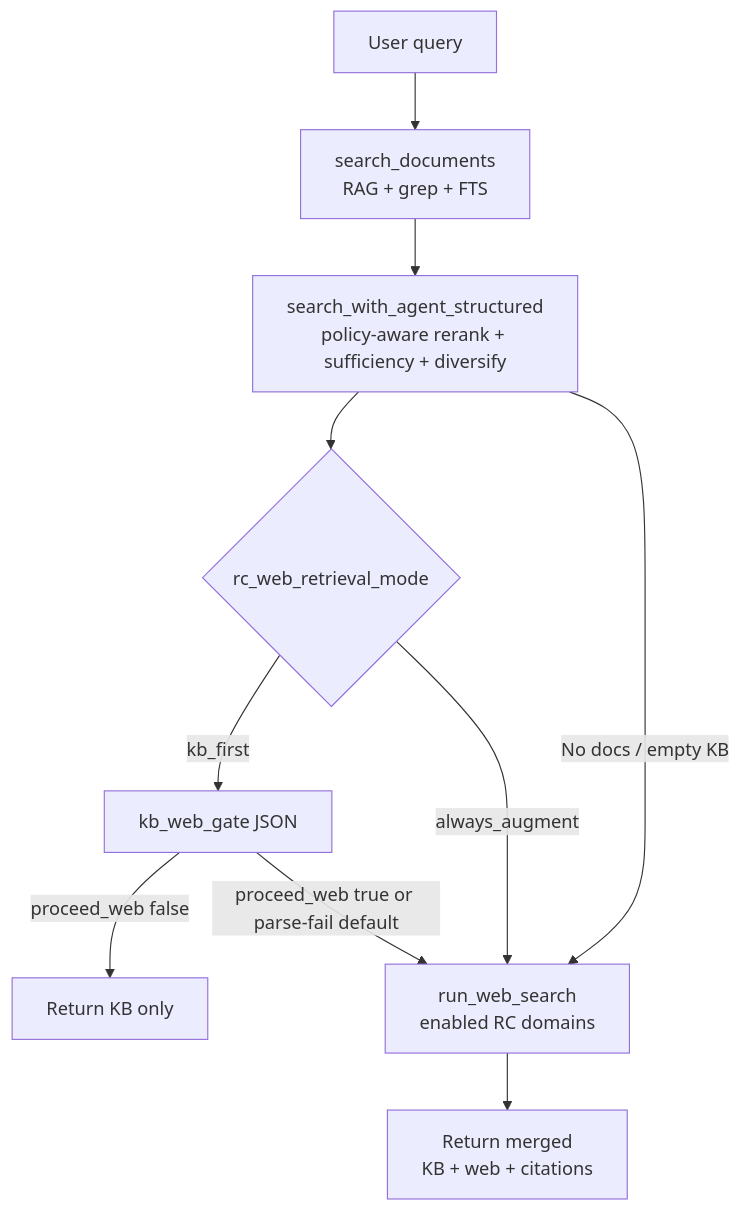
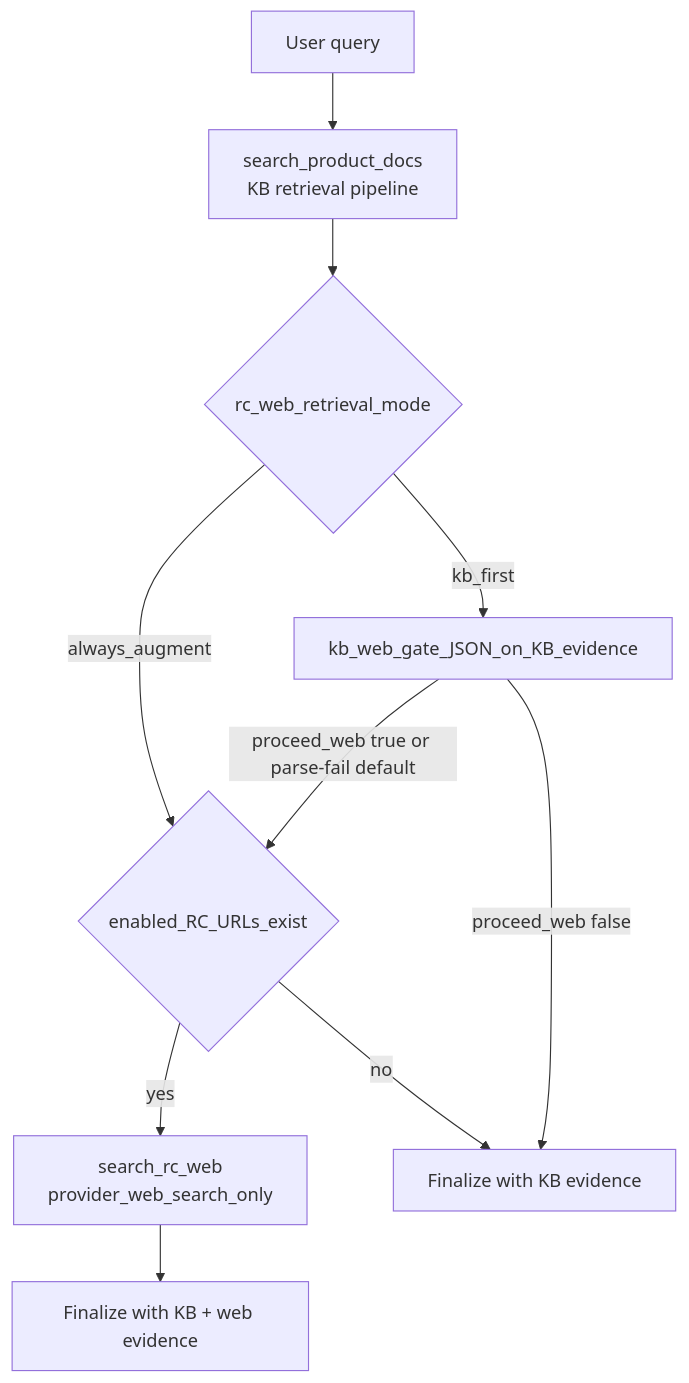
One commit to sangyoon-pak/Sova_CSM_Radar_247 changed the second of 3 diagrams in docs/ARCHITECTURE.md. Above: the diagram before and after it, drawn with Mermaid. The commit also changed other lines of this file and 7 other files, not shown here.

First line of the commit message:
Separate KB retrieval from hosted web retrieval with mode-aware orchestration.

````diff
--- a/docs/ARCHITECTURE.md
+++ b/docs/ARCHITECTURE.md
@@ -98,20 +101,21 @@
 ```mermaid
 %%{init: {"themeCSS": ".edgePath path{stroke-width:3px !important;} .flowchart-link{stroke-width:3px !important;} .edge-pattern-dotted{stroke-width:3px !important;} .edge-pattern-dashed{stroke-width:3px !important;}"}}%%
 flowchart TB
   Q[User query]
-  SD[search_documents<br/>RAG + grep + FTS]
-  SA[search_with_agent_structured<br/>policy-aware rerank + sufficiency + diversify]
+  KB[search_product_docs<br/>KB retrieval pipeline]
   MODE{rc_web_retrieval_mode}
-  GATE[kb_web_gate JSON]
-  KBONLY[Return KB only]
-  WEB[run_web_search<br/>enabled RC domains]
-  OUT[Return merged<br/>KB + web + citations]
+  RCURL{enabled_RC_URLs_exist}
+  GATE[kb_web_gate_JSON_on_KB_evidence]
+  WEB[search_rc_web<br/>provider_web_search_only]
+  OUTKB[Finalize with KB evidence]
+  OUTBOTH[Finalize with KB + web evidence]
 
-  Q --> SD --> SA --> MODE
-  SA -->|No docs / empty KB| WEB
-  MODE -->|always_augment| WEB
+  Q --> KB --> MODE
+  MODE -->|always_augment| RCURL
   MODE -->|kb_first| GATE
-  GATE -->|proceed_web false| KBONLY
-  GATE -->|proceed_web true or parse-fail default| WEB
-  WEB --> OUT
+  RCURL -->|yes| WEB
+  RCURL -->|no| OUTKB
+  GATE -->|proceed_web true or parse-fail default| RCURL
+  GATE -->|proceed_web false| OUTKB
+  WEB --> OUTBOTH
 ```
````
